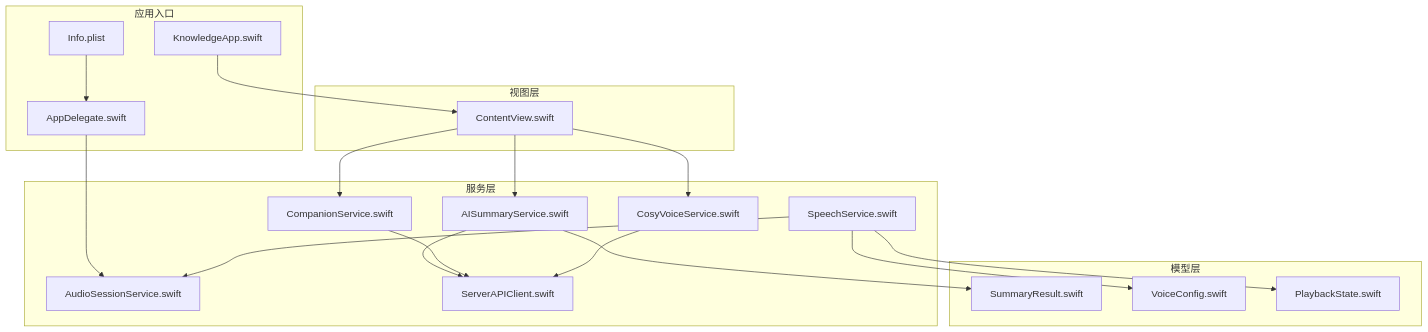
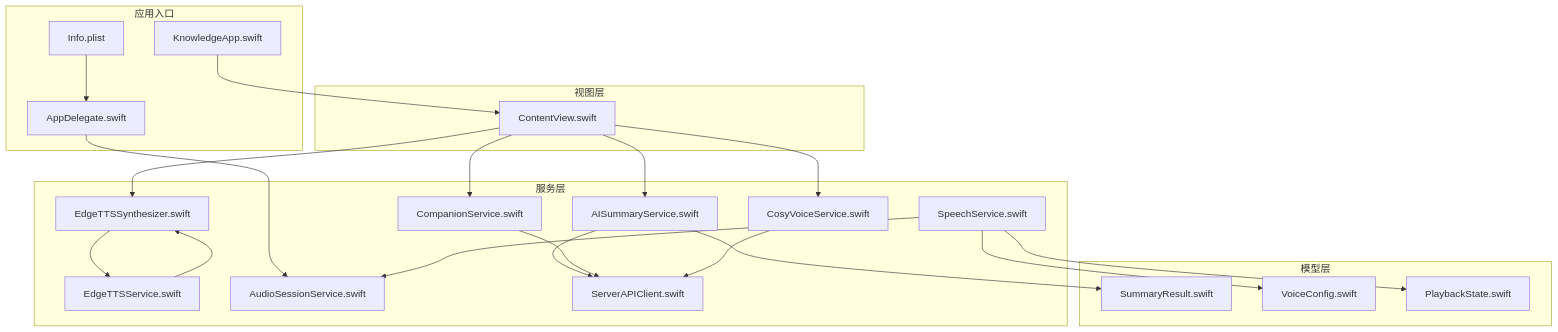
Before and after one commit to Primoguo/VoiceReader: the first of 10 diagrams in .qoder/repowiki/zh/content/架构设计/服务器代理架构.md, drawn with Mermaid. The commit also changed other lines of this file and 92 other files, not shown here.

````diff
--- a/.qoder/repowiki/zh/content/架构设计/服务器代理架构.md
+++ b/.qoder/repowiki/zh/content/架构设计/服务器代理架构.md
@@ -43,37 +52,42 @@
 ```mermaid
 graph TB
 subgraph "应用入口"
 A["AppDelegate.swift"]
 B["KnowledgeApp.swift"]
 P["Info.plist"]
 end
 subgraph "视图层"
 V1["ContentView.swift"]
 end
 subgraph "服务层"
 S1["AISummaryService.swift"]
 S2["CompanionService.swift"]
 S3["CosyVoiceService.swift"]
-S4["SpeechService.swift"]
-S5["AudioSessionService.swift"]
+S4["EdgeTTSService.swift"]
+S5["EdgeTTSSynthesizer.swift"]
+S6["SpeechService.swift"]
+S7["AudioSessionService.swift"]
 C["ServerAPIClient.swift"]
 end
 subgraph "模型层"
 M1["SummaryResult.swift"]
 M2["VoiceConfig.swift"]
 M3["PlaybackState.swift"]
 end
-A --> S5
+A --> S7
 B --> V1
 V1 --> S1
 V1 --> S2
 V1 --> S3
+V1 --> S5
 S1 --> C
 S2 --> C
 S3 --> C
 S4 --> S5
-S4 --> M3
-S4 --> M2
+S5 --> S4
+S6 --> S7
+S6 --> M3
+S6 --> M2
 S1 --> M1
 P --> A
 ```
````
